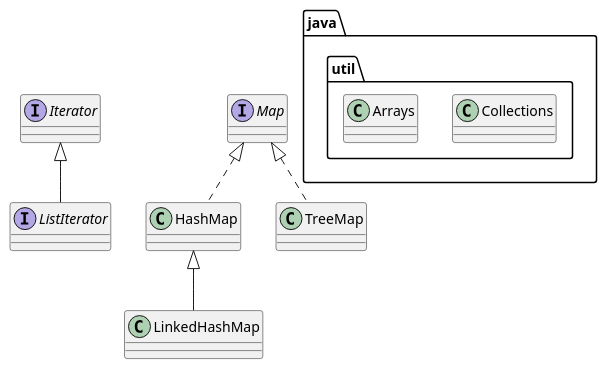
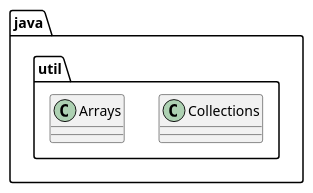
Before and after one commit to zhyantao/docs: the second of 3 diagrams in docs/programming-lang/java/containers.rst, drawn with PlantUML. The commit also changed other lines of this file and 1 other file, not shown here.

```diff
--- a/docs/programming-lang/java/containers.rst
+++ b/docs/programming-lang/java/containers.rst
@@ -49,23 +73,6 @@
 .. uml::
-
-    @startuml
-
-    interface Iterator
-    interface ListIterator
-    interface Map
-    class HashMap
-    class TreeMap
-    class LinkedHashMap
-
-    Iterator <|-- ListIterator
-
-    Map <|.. HashMap
-    Map <|.. TreeMap
-    HashMap <|-- LinkedHashMap
 
     package java.util <<Folder>> {
         class Collections
         class Arrays
     }
-
-    @enduml
```
